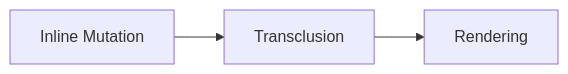
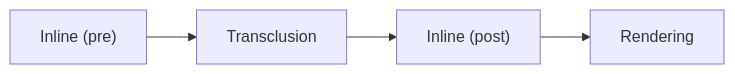
Before and after one commit to yankeeinlondon/rusty-biscuit: the diagram in darkmatter/docs/darkmatter-pipeline.md, drawn with Mermaid. The commit also changed other lines of this file and 9 other files, not shown here.

````diff
--- a/darkmatter/docs/darkmatter-pipeline.md
+++ b/darkmatter/docs/darkmatter-pipeline.md
@@ -5,9 +80,10 @@
 ```mermaid title="Pipeline Flow"
 flowchart LR
 
-  S1[Inline Mutation]
-  S2[Transclusion]
-  S3[Rendering]
+  InlinePre["Inline (pre)"]
+  Transclusion[Transclusion]
+  InlinePost["Inline (post)"]
+  Render[Rendering]
 
-  S1 --> S2 --> S3
+  InlinePre --> Transclusion --> InlinePost --> Render
 ```
````
